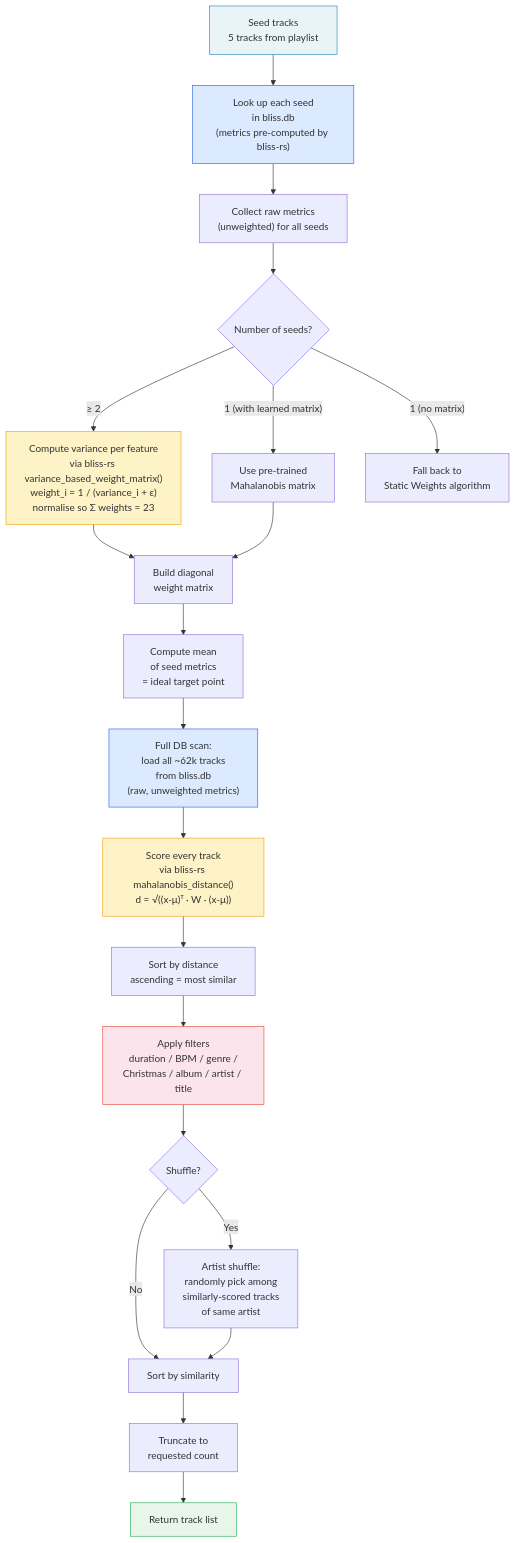
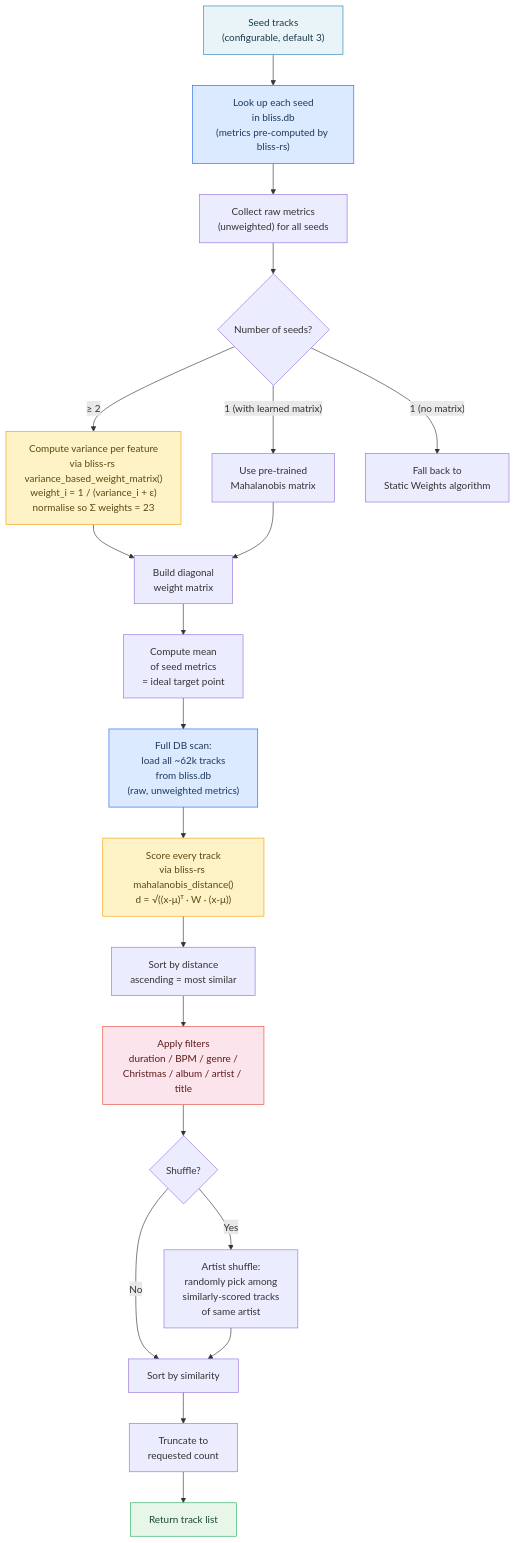
The fourth of 4 diagrams in ALGORITHMS.md (chrober/lms-blissmixer), drawn with Mermaid before and after one commit. The commit also changed other lines of this file and 1 other file, not shown here.

````diff
--- a/ALGORITHMS.md
+++ b/ALGORITHMS.md
@@ -162,30 +163,30 @@
 ```mermaid
 flowchart TD
-    A[Seed tracks<br/>5 tracks from playlist] --> B["Look up each seed<br/>in bliss.db<br/>(metrics pre-computed by bliss-rs)"]
+    A["Seed tracks<br/>(configurable, default 3)"] --> B["Look up each seed<br/>in bliss.db<br/>(metrics pre-computed by bliss-rs)"]
     B --> C["Collect raw metrics<br/>(unweighted) for all seeds"]
     C --> D{Number of seeds?}
     D -- "≥ 2" --> E["Compute variance per feature<br/>via bliss-rs variance_based_weight_matrix()<br/>weight_i = 1 / (variance_i + ε)<br/>normalise so Σ weights = 23"]
     D -- "1 (with learned matrix)" --> F[Use pre-trained<br/>Mahalanobis matrix]
     D -- "1 (no matrix)" --> G[Fall back to<br/>Static Weights algorithm]
     E --> H[Build diagonal<br/>weight matrix]
     F --> H
     H --> I[Compute mean<br/>of seed metrics<br/>= ideal target point]
     I --> J["Full DB scan:<br/>load all ~62k tracks<br/>from bliss.db<br/>(raw, unweighted metrics)"]
     J --> K["Score every track<br/>via bliss-rs mahalanobis_distance()<br/>d = √((x-μ)ᵀ · W · (x-μ))"]
     K --> L[Sort by distance<br/>ascending = most similar]
     L --> M[Apply filters<br/>duration / BPM / genre /<br/>Christmas / album / artist / title]
     M --> N{Shuffle?}
     N -- Yes --> O[Artist shuffle:<br/>randomly pick among<br/>similarly-scored tracks<br/>of same artist]
     N -- No --> P[Sort by similarity]
     O --> P
     P --> Q[Truncate to<br/>requested count]
     Q --> R[Return track list]
 
-    style A fill:#e8f4f8,stroke:#2980b9
-    style B fill:#dbeafe,stroke:#2563eb
-    style E fill:#fef3c7,stroke:#f59e0b
-    style K fill:#fef3c7,stroke:#f59e0b
-    style J fill:#dbeafe,stroke:#2563eb
-    style M fill:#fce4ec,stroke:#e74c3c
-    style R fill:#e8f5e9,stroke:#27ae60
+    style A fill:#e8f4f8,stroke:#2980b9,color:#1a3a4a
+    style B fill:#dbeafe,stroke:#2563eb,color:#1e3a5f
+    style E fill:#fef3c7,stroke:#f59e0b,color:#5c4813
+    style K fill:#fef3c7,stroke:#f59e0b,color:#5c4813
+    style J fill:#dbeafe,stroke:#2563eb,color:#1e3a5f
+    style M fill:#fce4ec,stroke:#e74c3c,color:#5c1a1a
+    style R fill:#e8f5e9,stroke:#27ae60,color:#1a4a2a
 ```
````
